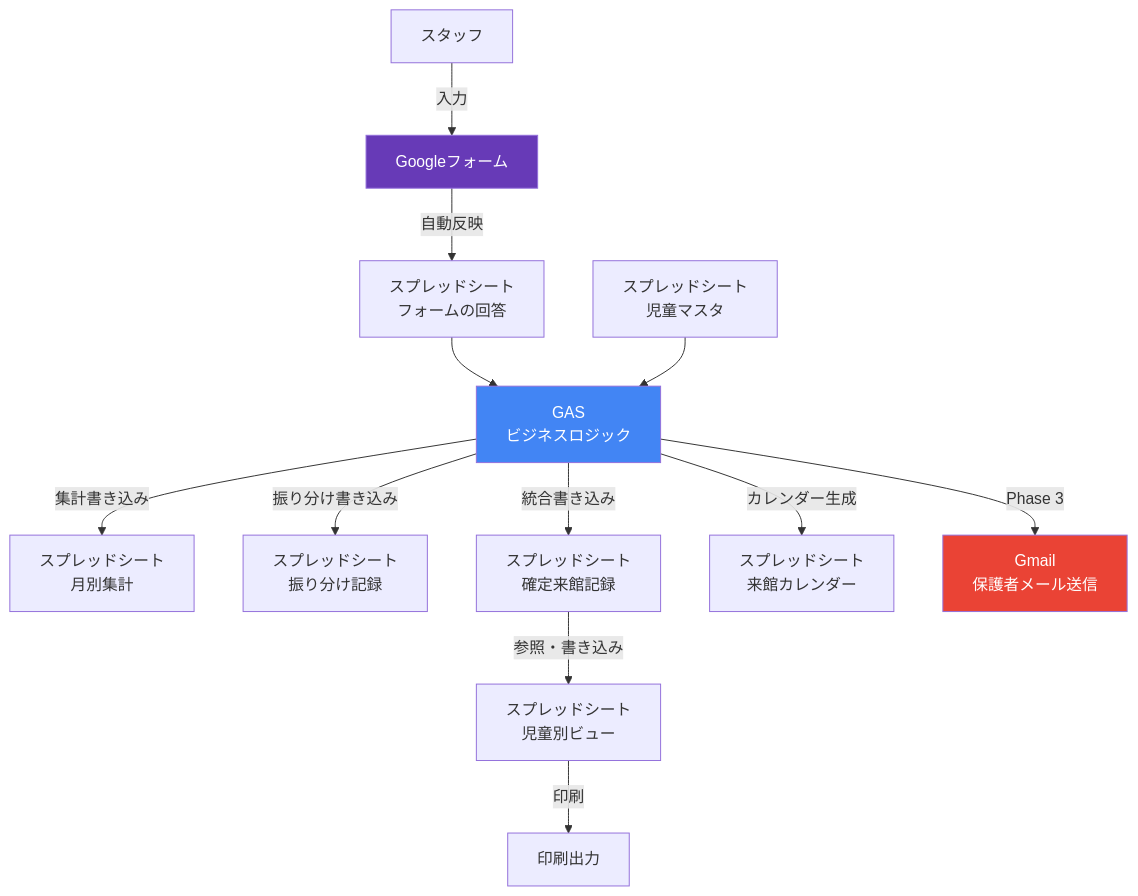
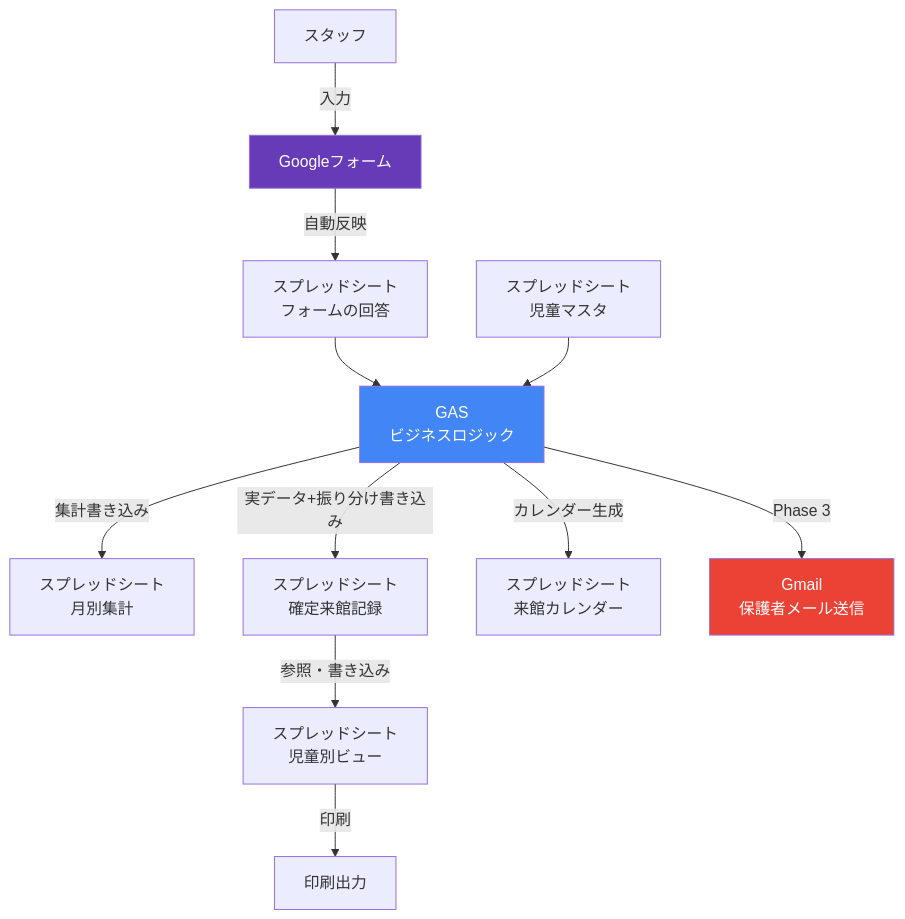
The first of 4 diagrams in docs/architecture.md (Tatetsu/oen-yorimado), drawn with Mermaid before and after one commit. The commit also changed other lines of this file and 6 other files, not shown here.

````diff
--- a/docs/architecture.md
+++ b/docs/architecture.md
@@ -5,22 +5,21 @@
 ```mermaid
 graph TD
     A[スタッフ] -->|入力| B[Googleフォーム]
     B -->|自動反映| C[スプレッドシート<br/>フォームの回答]
 
     C --> D[GAS<br/>ビジネスロジック]
     E[スプレッドシート<br/>児童マスタ] --> D
 
     D -->|集計書き込み| F[スプレッドシート<br/>月別集計]
-    D -->|振り分け書き込み| G[スプレッドシート<br/>振り分け記録]
-    D -->|統合書き込み| H[スプレッドシート<br/>確定来館記録]
+    D -->|実データ+振り分け書き込み| H[スプレッドシート<br/>確定来館記録]
     D -->|カレンダー生成| H2[スプレッドシート<br/>来館カレンダー]
     H -->|参照・書き込み| I[スプレッドシート<br/>児童別ビュー]
 
     I -->|印刷| J[印刷出力]
 
     D -->|Phase 3| K[Gmail<br/>保護者メール送信]
 
     style D fill:#4285F4,color:#fff
     style B fill:#673AB7,color:#fff
     style K fill:#EA4335,color:#fff
 ```
````
